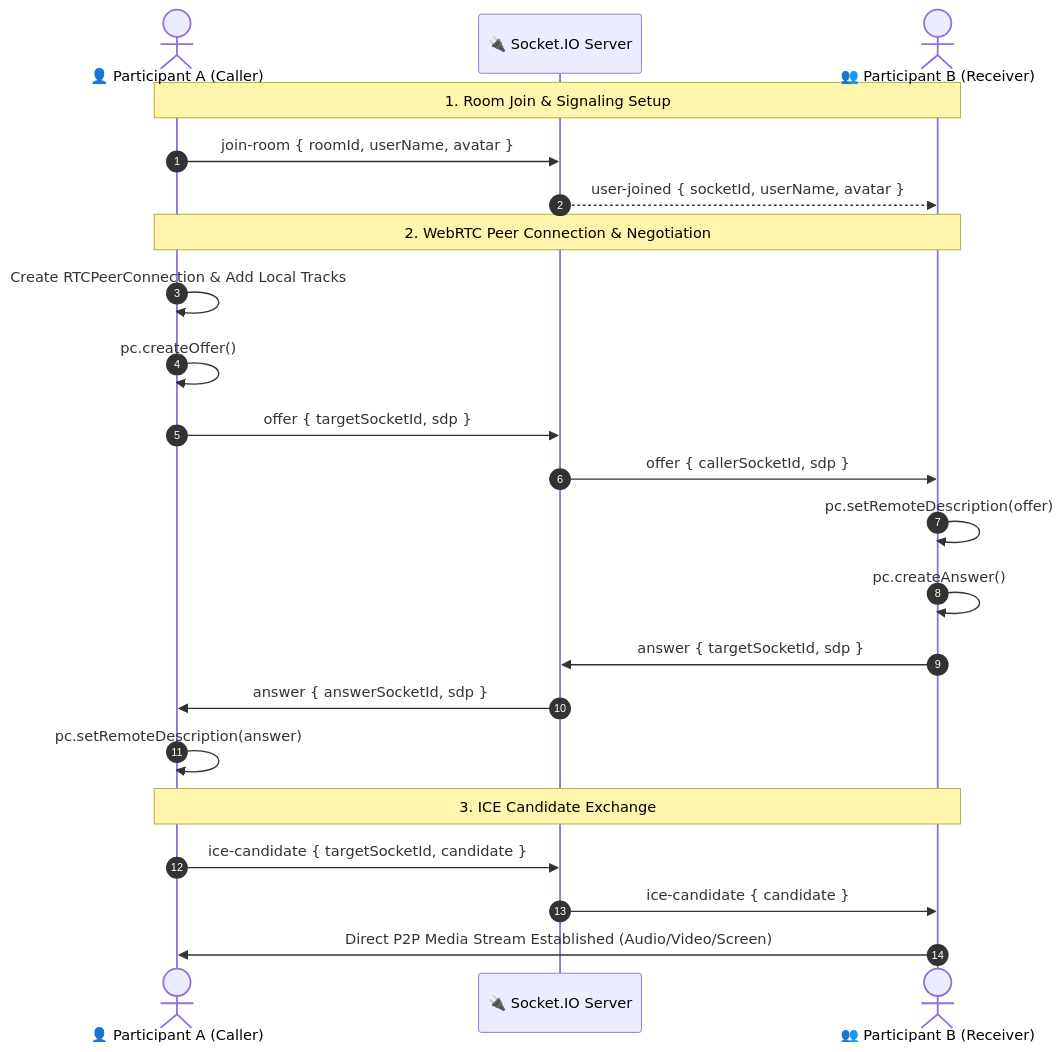
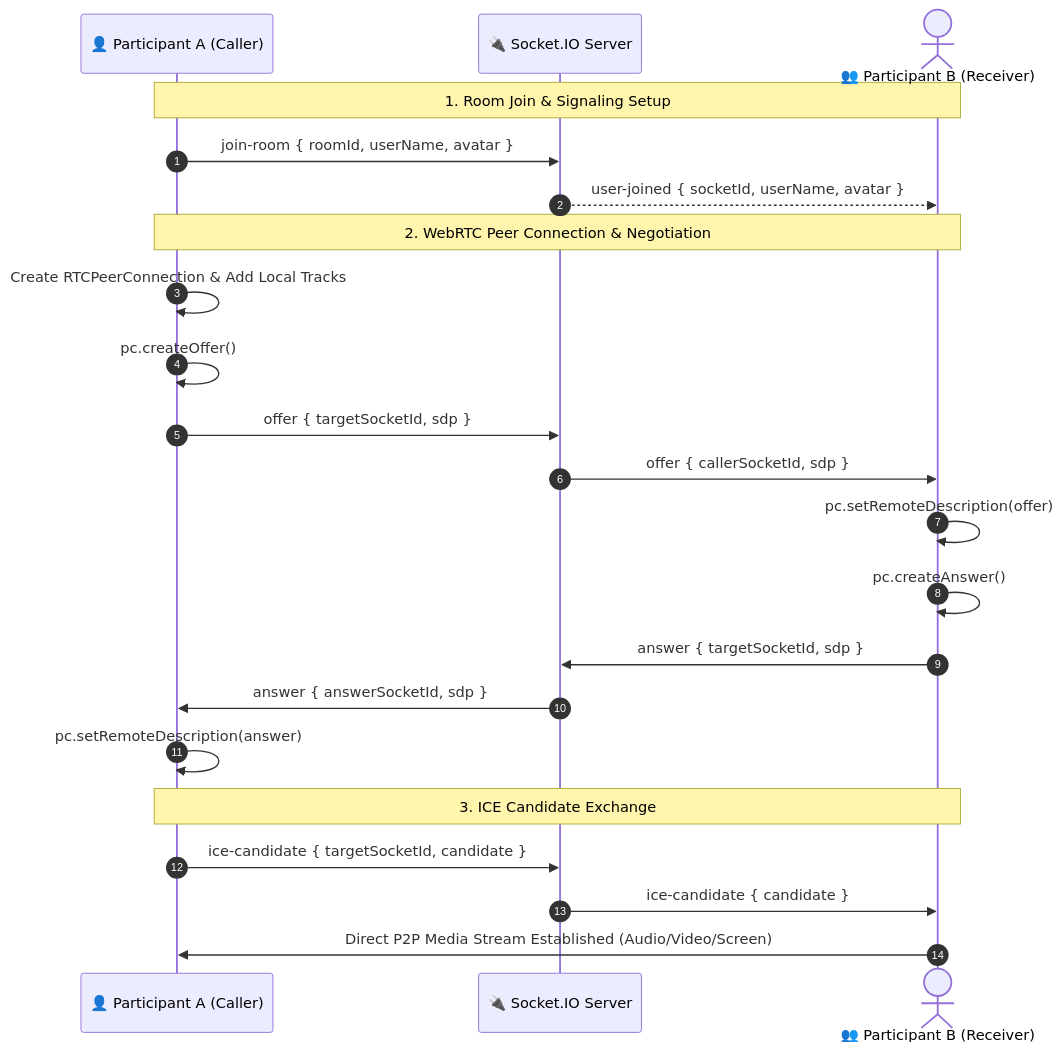
The second of 2 diagrams in README.md (suvojitmanna/Live-classes), drawn with Mermaid before and after one commit. The commit also changed other lines of this file, not shown here.

````diff
--- a/README.md
+++ b/README.md
@@ -173,28 +173,28 @@
 ```mermaid
 sequenceDiagram
     autonumber
-    actor Caller as 👤 Participant A (Caller)
+    participant Caller as 👤 Participant A (Caller)
     participant Socket as 🔌 Socket.IO Server
     actor Callee as 👥 Participant B (Receiver)
 
     Note over Caller,Callee: 1. Room Join & Signaling Setup
     Caller->>Socket: join-room { roomId, userName, avatar }
     Socket-->>Callee: user-joined { socketId, userName, avatar }
 
     Note over Caller,Callee: 2. WebRTC Peer Connection & Negotiation
     Caller->>Caller: Create RTCPeerConnection & Add Local Tracks
     Caller->>Caller: pc.createOffer()
     Caller->>Socket: offer { targetSocketId, sdp }
     Socket->>Callee: offer { callerSocketId, sdp }
 
     Callee->>Callee: pc.setRemoteDescription(offer)
     Callee->>Callee: pc.createAnswer()
     Callee->>Socket: answer { targetSocketId, sdp }
     Socket->>Caller: answer { answerSocketId, sdp }
     Caller->>Caller: pc.setRemoteDescription(answer)
 
     Note over Caller,Callee: 3. ICE Candidate Exchange
     Caller->>Socket: ice-candidate { targetSocketId, candidate }
     Socket->>Callee: ice-candidate { candidate }
     Callee->>Caller: Direct P2P Media Stream Established (Audio/Video/Screen)
 ```
````
